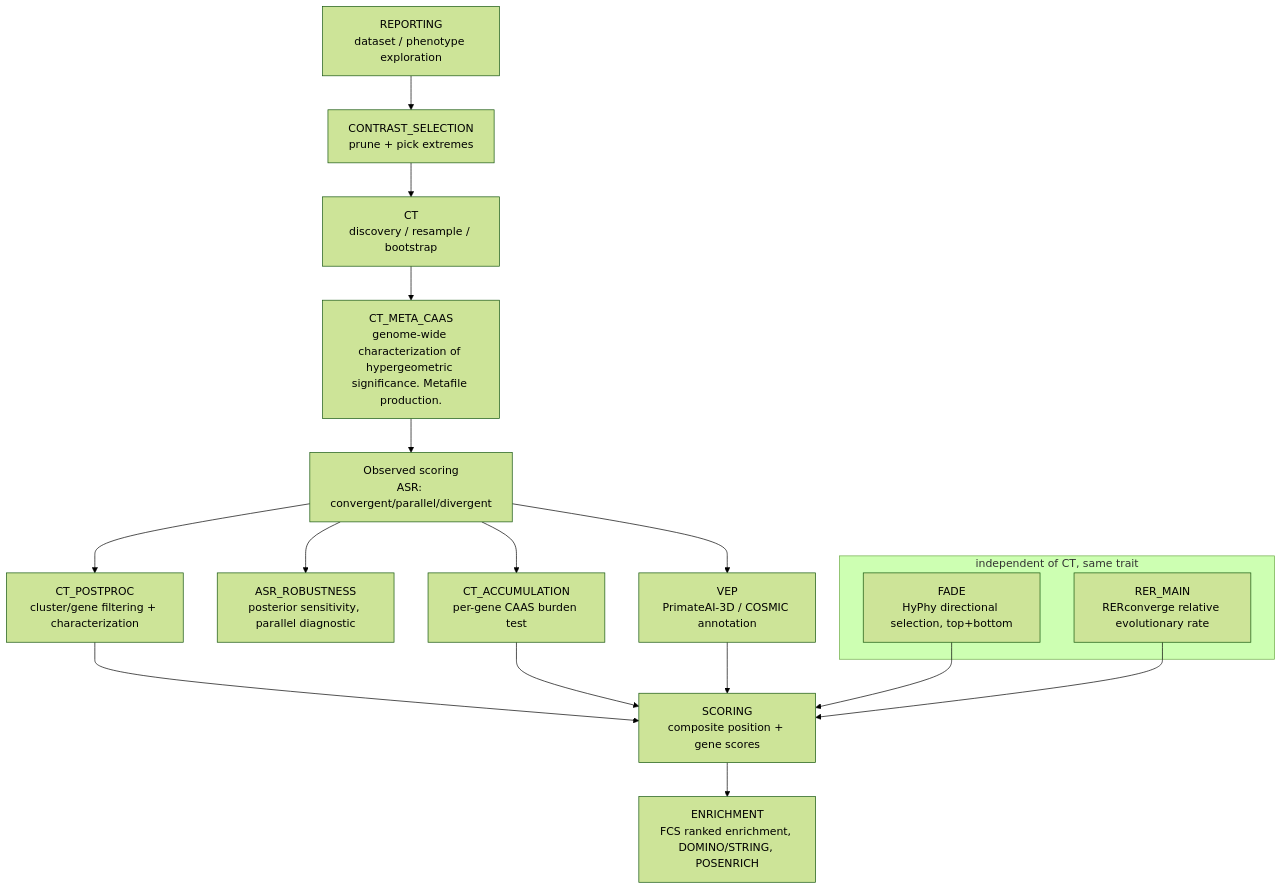
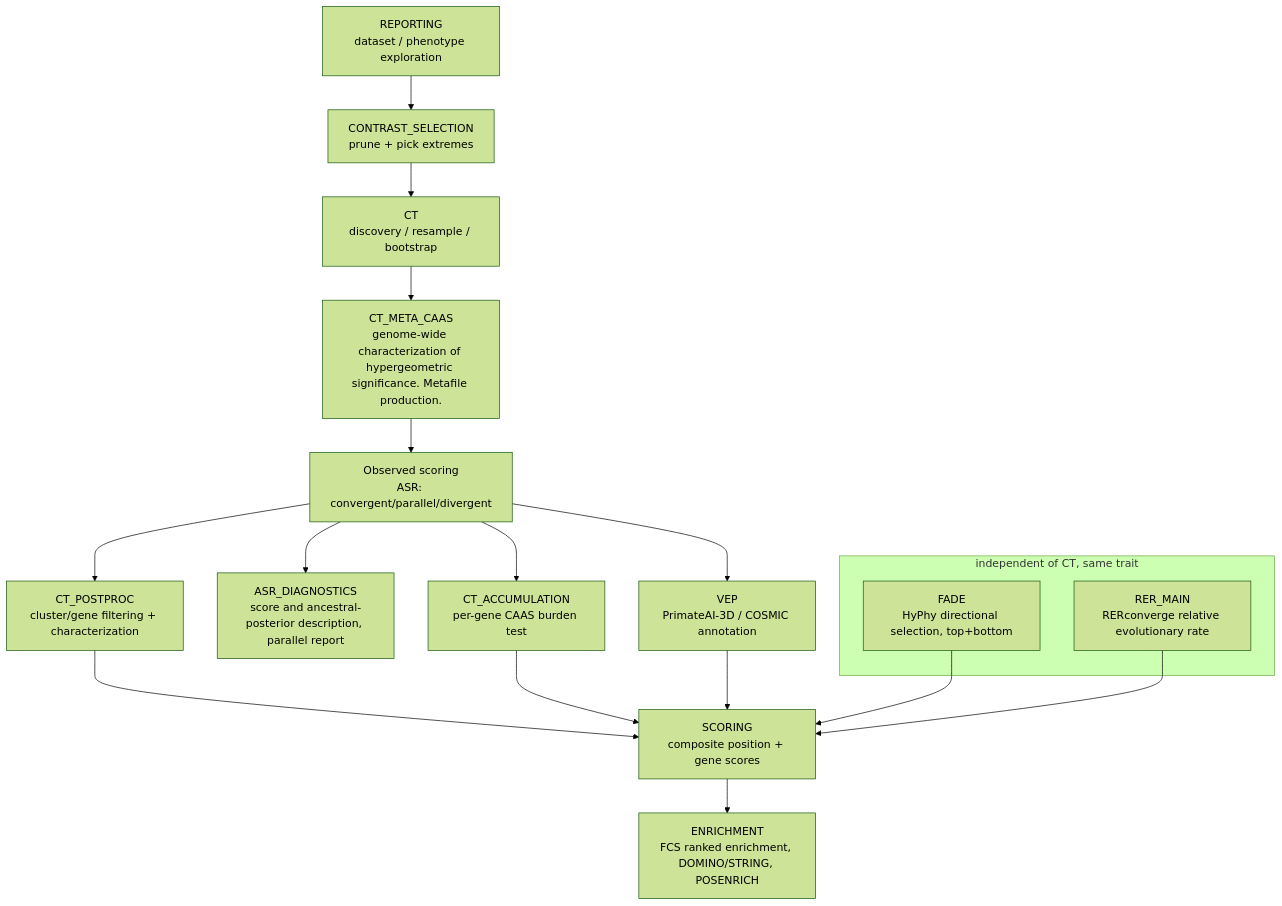
One commit to nozerorma/PhyloPhere changed the diagram in README.md. Above: the diagram before and after it, drawn with Mermaid (forest theme). The commit also changed other lines of this file and 14 other files, not shown here.

````diff
--- a/README.md
+++ b/README.md
@@ -88,21 +88,21 @@
 ```mermaid
 flowchart TD
     A[REPORTING\ndataset / phenotype exploration] --> B[CONTRAST_SELECTION\nprune + pick extremes]
     B --> C[CT\ndiscovery / resample / bootstrap]
     C --> D[CT_META_CAAS\ngenome-wide characterization of hypergeometric significance. Metafile production.]
     D --> E[Observed scoring\nASR: convergent/parallel/divergent]
-    E --> E2[ASR_ROBUSTNESS\nposterior sensitivity, parallel diagnostic]
+    E --> E2[ASR_DIAGNOSTICS\nscore and ancestral-posterior description, parallel report]
     E --> F[CT_POSTPROC\ncluster/gene filtering + characterization]
     E --> G[CT_ACCUMULATION\nper-gene CAAS burden test]
     E --> H[VEP\nPrimateAI-3D / COSMIC annotation]
     subgraph independent[independent of CT, same trait]
       I[FADE\nHyPhy directional selection, top+bottom]
       J[RER_MAIN\nRERconverge relative evolutionary rate]
     end
     F --> K[SCORING\ncomposite position + gene scores]
     G --> K
     H --> K
     I --> K
     J --> K
     K --> L[ENRICHMENT\nFCS ranked enrichment, DOMINO/STRING, POSENRICH]
 ```
````
